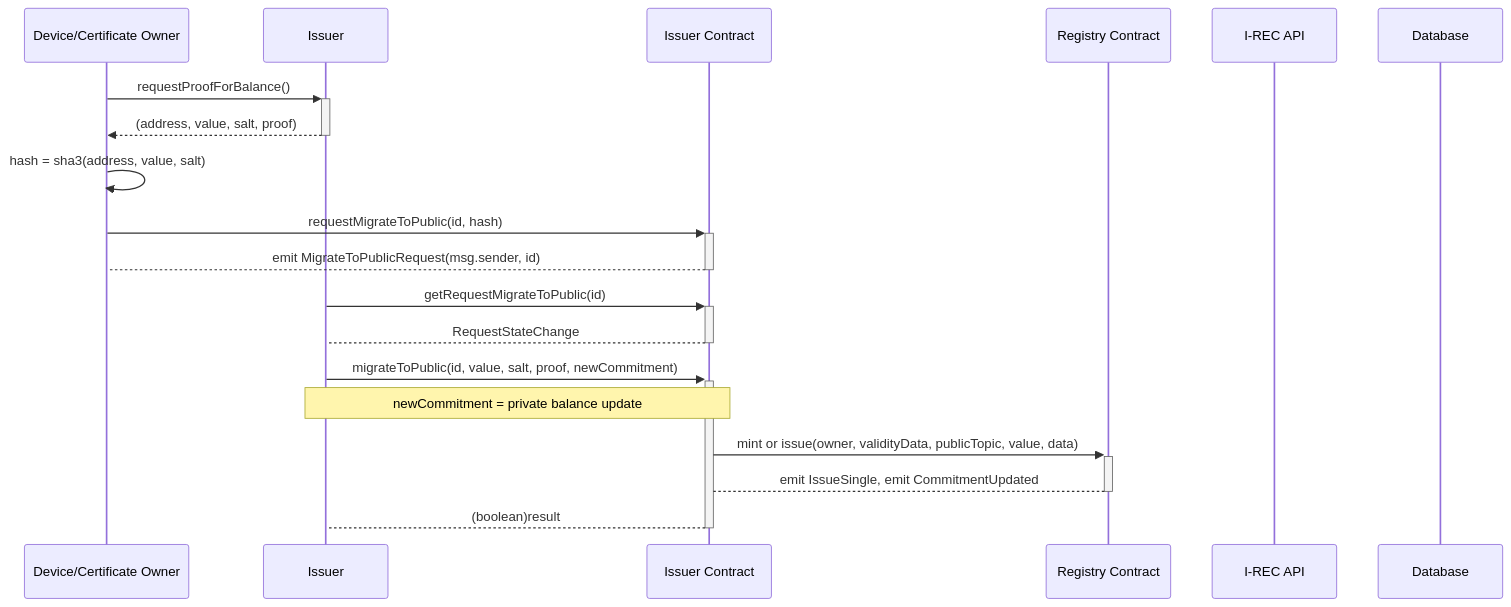
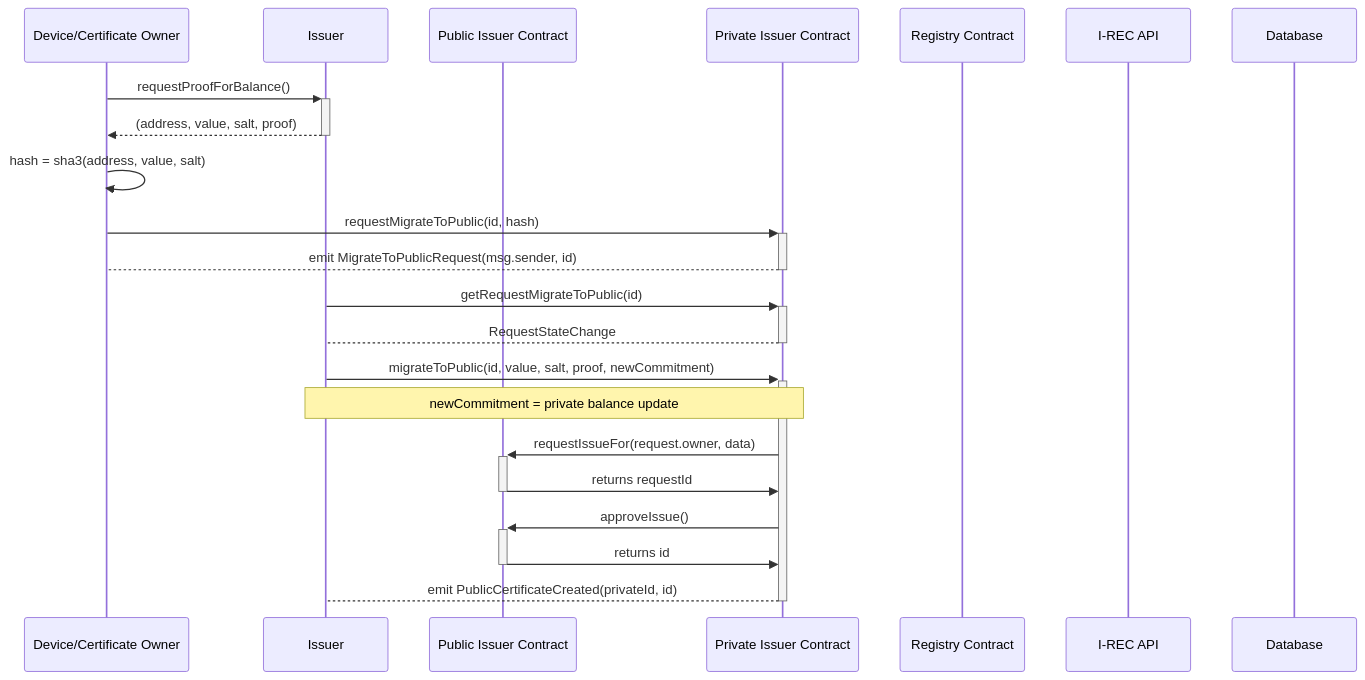
The fourth of 9 diagrams in packages/issuer/README.md (energywebfoundation/origin), drawn with Mermaid before and after one commit. The commit also changed other lines of this file and 2 other files, not shown here.

Commit message:
chore(issuer): public issuer

````diff
--- a/packages/issuer/README.md
+++ b/packages/issuer/README.md
@@ -68,25 +69,28 @@
 ```mermaid
 sequenceDiagram
   participant U as Device/Certificate Owner
   participant IS as Issuer
-  participant I as Issuer Contract
+  participant PUB as Public Issuer Contract
+  participant I as Private Issuer Contract
   participant R as Registry Contract
   participant A as I-REC API
   participant DB as Database
 
   U->>+IS: requestProofForBalance()
   IS-->>-U: (address, value, salt, proof)
   U->>U: hash = sha3(address, value, salt)
 
   U->>+I: requestMigrateToPublic(id, hash)
   I-->-U: emit MigrateToPublicRequest(msg.sender, id)
 
   IS->>+I: getRequestMigrateToPublic(id)
   I-->-IS: RequestStateChange
 
   IS->>+I: migrateToPublic(id, value, salt, proof, newCommitment)
   Note over IS,I: newCommitment = private balance update
-  I->>+R: mint or issue(owner, validityData, publicTopic, value, data)
-  R-->-I: emit IssueSingle, emit CommitmentUpdated
-  I-->-IS: (boolean)result
+  I->>+PUB: requestIssueFor(request.owner, data)
+  PUB->>-I: returns requestId
+  I->>+PUB: approveIssue()
+  PUB->>-I: returns id
+  I-->-IS: emit PublicCertificateCreated(privateId, id)
 ```
````
